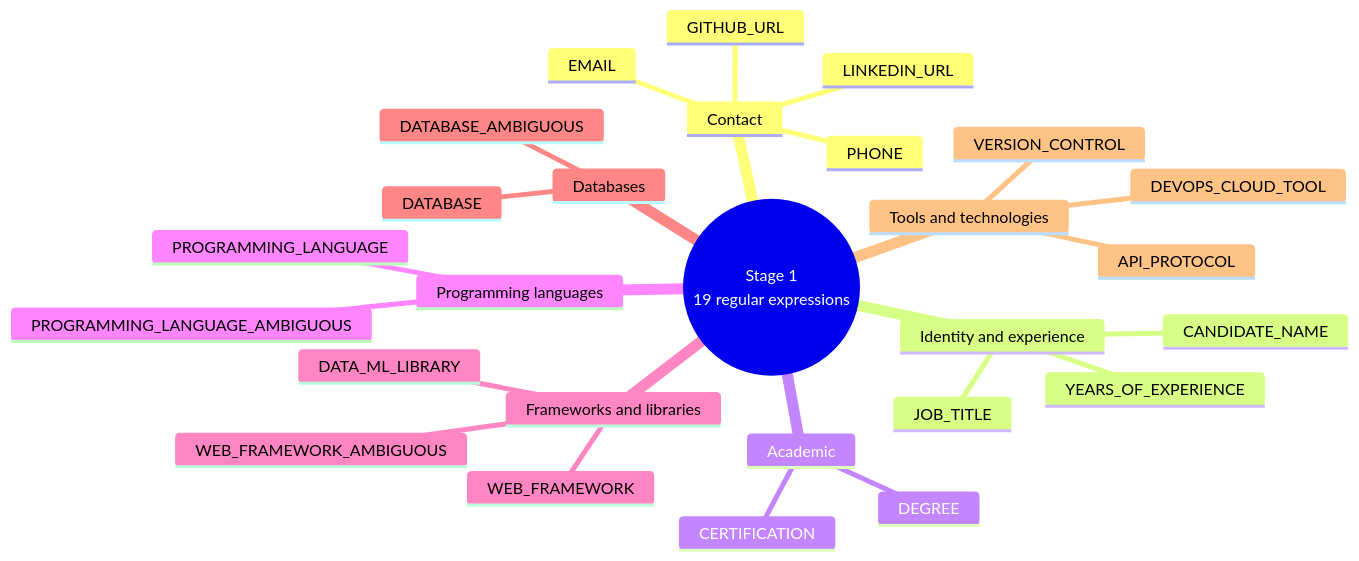
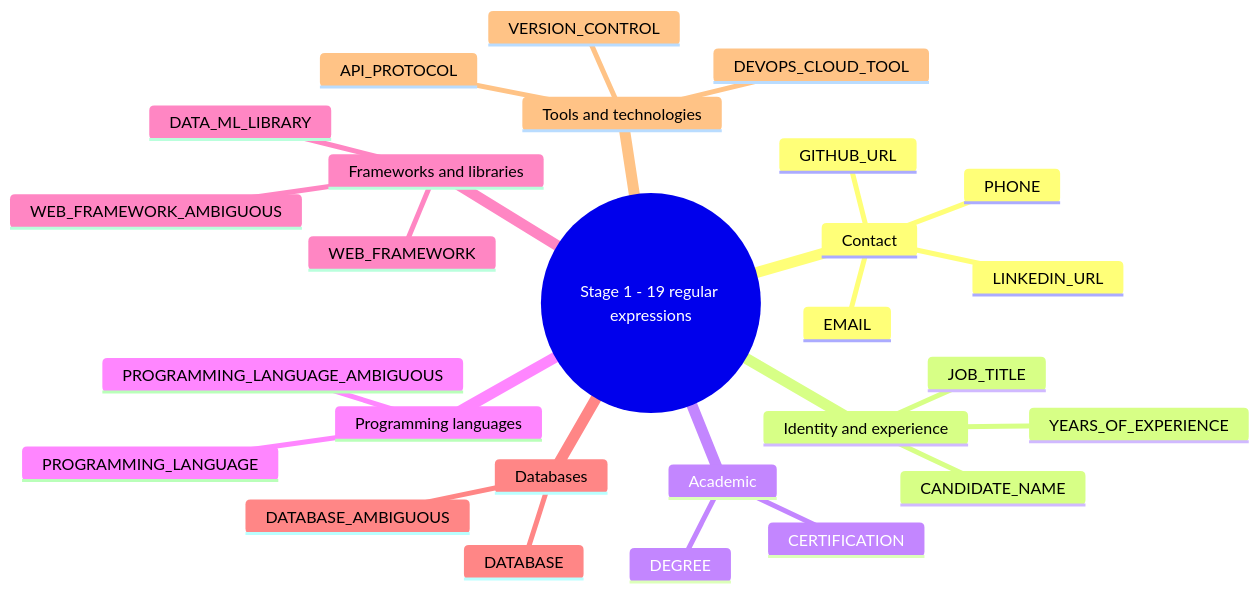
The second of 39 diagrams in docs/stage1_regex.md (JuanJoe-18/DiscreteIII-Integrative-Task-VictorTeam), drawn with Mermaid before and after one commit. The commit also changed other lines of this file, not shown here.

Commit message:
fix: stage1_regex.md updated

````diff
--- a/docs/stage1_regex.md
+++ b/docs/stage1_regex.md
@@ -46,30 +46,30 @@
 ```mermaid
 mindmap
-  root((Stage 1<br/>19 regular expressions))
+  root((Stage 1 - 19 regular expressions))
     Contact
       EMAIL
       PHONE
       LINKEDIN_URL
       GITHUB_URL
     Identity and experience
       CANDIDATE_NAME
       YEARS_OF_EXPERIENCE
       JOB_TITLE
     Academic
       DEGREE
       CERTIFICATION
     Programming languages
       PROGRAMMING_LANGUAGE
       PROGRAMMING_LANGUAGE_AMBIGUOUS
     Frameworks and libraries
       WEB_FRAMEWORK
       WEB_FRAMEWORK_AMBIGUOUS
       DATA_ML_LIBRARY
     Databases
       DATABASE
       DATABASE_AMBIGUOUS
     Tools and technologies
       API_PROTOCOL
       VERSION_CONTROL
       DEVOPS_CLOUD_TOOL
 ```
````
